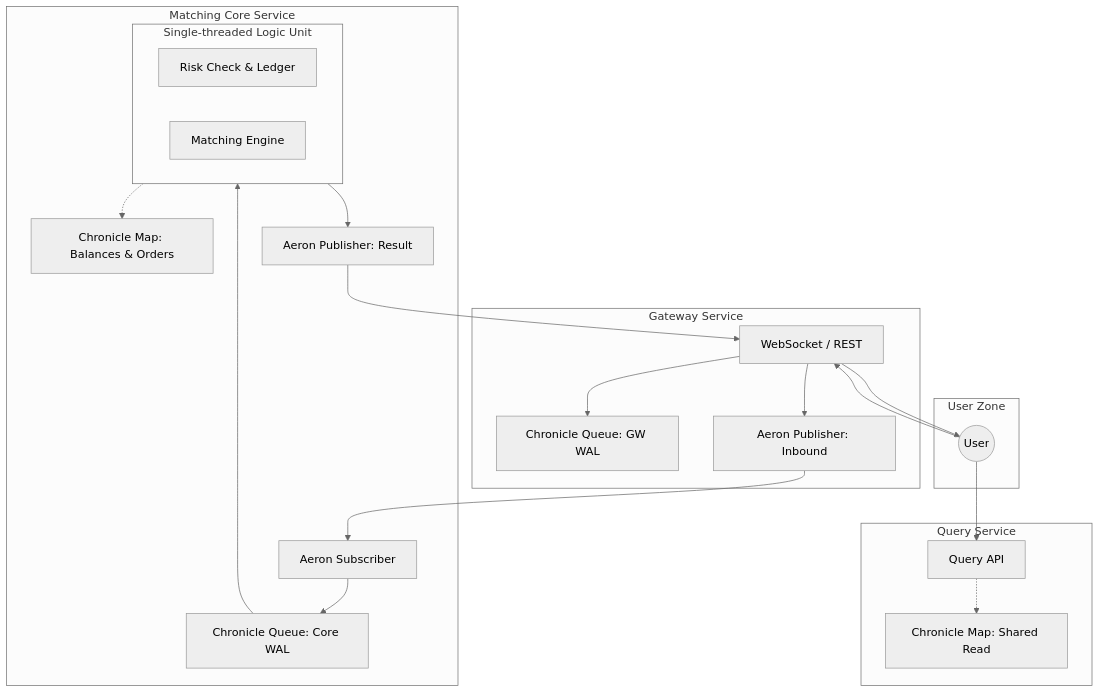
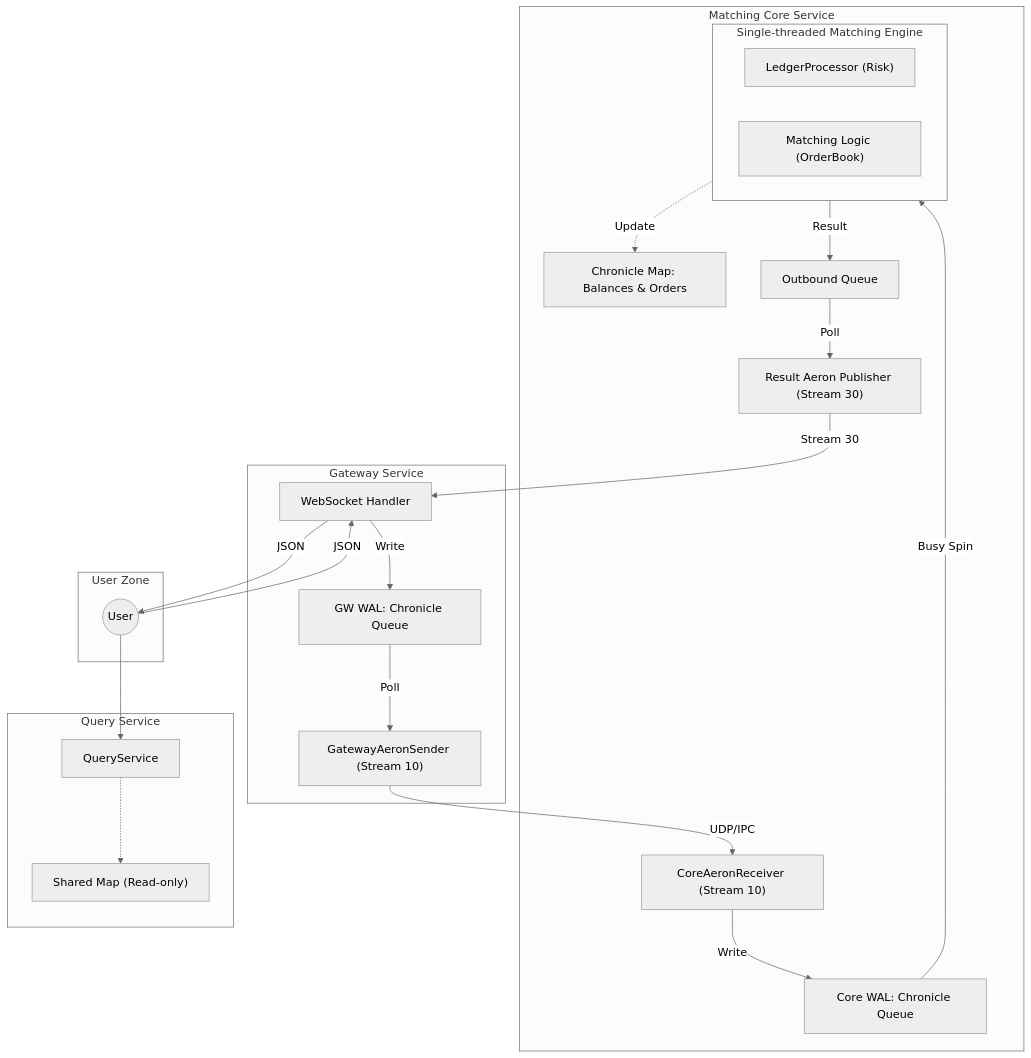
One commit to vincentf13/open.vincentf13 changed the diagram in doc/Spot Exchange/architecture_design.md. Above: the diagram before and after it, drawn with Mermaid (neutral theme). The commit also changed other lines of this file and 5 other files, not shown here.

````diff
--- a/doc/Spot Exchange/architecture_design.md
+++ b/doc/Spot Exchange/architecture_design.md
@@ -18,48 +17,52 @@
 ```mermaid
 flowchart TD
     subgraph ClientZone ["User Zone"]
         User((User))
     end
 
     subgraph GatewayService ["Gateway Service"]
-        WS["WebSocket / REST"]
-        GW_Q["Chronicle Queue: GW WAL"]
-        Aeron_Pub_In["Aeron Publisher: Inbound"]
+        WS["WebSocket Handler"]
+        GW_Q["GW WAL: Chronicle Queue"]
+        Aeron_Sender["GatewayAeronSender (Stream 10)"]
     end
 
     subgraph CoreEngineService ["Matching Core Service"]
-        Aeron_Sub_In["Aeron Subscriber"]
-        Core_Q["Chronicle Queue: Core WAL"]
-        
-        subgraph LogicUnit ["Single-threaded Logic Unit"]
-            RiskLogic["Risk Check & Ledger"]
-            MatchLogic["Matching Engine"]
+        Aeron_Receiver["CoreAeronReceiver (Stream 10)"]
+        Core_Q["Core WAL: Chronicle Queue"]
+
+        subgraph LogicUnit ["Single-threaded Matching Engine"]
+            Ledger["LedgerProcessor (Risk)"]
+            Match["Matching Logic (OrderBook)"]
         end
-        
+
         StateMap["Chronicle Map: Balances & Orders"]
-        Aeron_Pub_Out["Aeron Publisher: Result"]
+        Outbound_Q["Outbound Queue"]
+        Aeron_Publisher_Out["Result Aeron Publisher (Stream 30)"]
     end
 
     subgraph QueryService ["Query Service"]
-        QueryAPI["Query API"]
-        StateMap_Read["Chronicle Map: Shared Read"]
+        QueryAPI["QueryService"]
+        StateMap_Read["Shared Map (Read-only)"]
     end
 
-    %% Data Flow
-    User --> WS
-    WS --> GW_Q
-    WS --> Aeron_Pub_In
+    %% Inbound Path
+    User -->|JSON| WS
+    WS -->|Write| GW_Q
+    GW_Q -->|Poll| Aeron_Sender
+    Aeron_Sender -->|UDP/IPC| Aeron_Receiver
+    Aeron_Receiver -->|Write| Core_Q
+    Core_Q -->|Busy Spin| LogicUnit
 
-    Aeron_Pub_In --> Aeron_Sub_In
-    Aeron_Sub_In --> Core_Q
-    Core_Q --> LogicUnit
-    LogicUnit -.-> StateMap
-    LogicUnit --> Aeron_Pub_Out
+    %% Execution & State
+    LogicUnit -.->|Update| StateMap
+    LogicUnit -->|Result| Outbound_Q
+    Outbound_Q -->|Poll| Aeron_Publisher_Out
 
-    Aeron_Pub_Out --> WS
-    WS --> User
+    %% Outbound Path
+    Aeron_Publisher_Out -->|Stream 30| WS
+    WS -->|JSON| User
 
     %% Query Path
     User --> QueryAPI
     QueryAPI -.-> StateMap_Read
 ```
````
